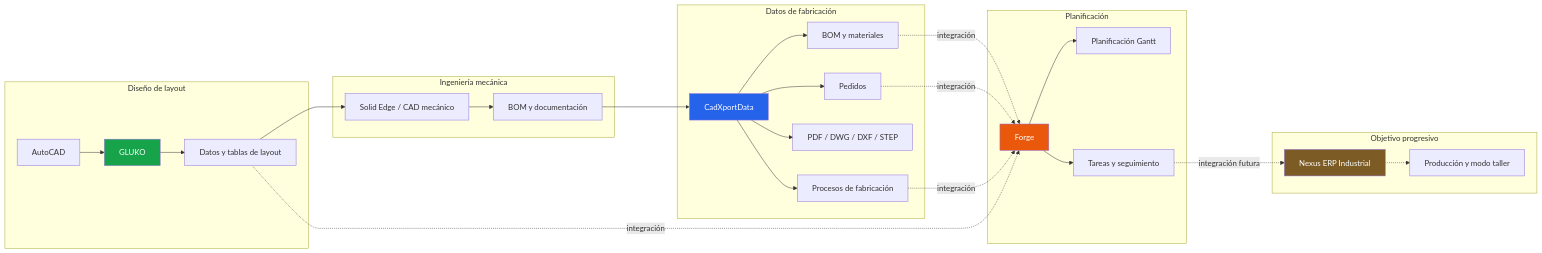
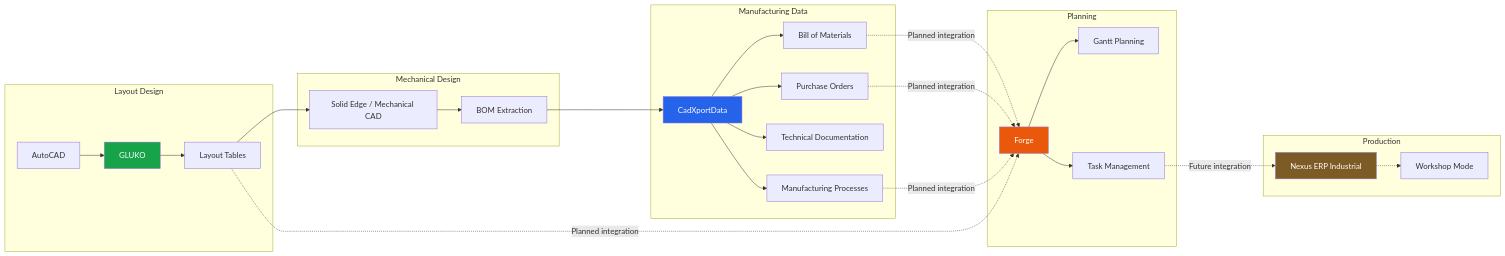
One commit to Megiddo-Source/.github changed the diagram in profile/README.md. Above: the diagram before and after it, drawn with Mermaid. The commit also changed other lines of this file, not shown here.

````diff
--- a/profile/README.md
+++ b/profile/README.md
@@ -89,61 +96,61 @@
 ```mermaid
 flowchart LR
 
-subgraph CAD_LAYOUT["Diseño de layout"]
-    A[AutoCAD]
-    B[GLUKO]
-    C[Datos y tablas de layout]
+subgraph CAD_LAYOUT["Layout Design"]
+A[AutoCAD]
+B[GLUKO]
+C[Layout Tables]
 end
 
-subgraph CAD_MECANICO["Ingeniería mecánica"]
-    D[Solid Edge / CAD mecánico]
-    E[BOM y documentación]
+subgraph CAD_MECHANICAL["Mechanical Design"]
+D[Solid Edge / Mechanical CAD]
+E[BOM Extraction]
 end
 
-subgraph DATOS["Datos de fabricación"]
-    F[CadXportData]
-    G[BOM y materiales]
-    H[Pedidos]
-    I[PDF / DWG / DXF / STEP]
-    J[Procesos de fabricación]
+subgraph TECHNICAL_DATA["Manufacturing Data"]
+F[CadXportData]
+G[Bill of Materials]
+H[Purchase Orders]
+I[Technical Documentation]
+J[Manufacturing Processes]
 end
 
-subgraph PLANIFICACION["Planificación"]
-    K[Forge]
-    L[Planificación Gantt]
-    M[Tareas y seguimiento]
+subgraph PLANNING["Planning"]
+K[Forge]
+L[Gantt Planning]
+M[Task Management]
 end
 
-subgraph OBJETIVO["Objetivo progresivo"]
-    N[Nexus ERP Industrial]
-    O[Producción y modo taller]
+subgraph PRODUCTION["Production"]
+N[Nexus ERP Industrial]
+O[Workshop Mode]
 end
 
 A --> B
 B --> C
 
 C --> D
 D --> E
 E --> F
 
 F --> G
 F --> H
 F --> I
 F --> J
 
-G -. integración .-> K
-H -. integración .-> K
-J -. integración .-> K
-C -. integración .-> K
+G -. Planned integration .-> K
+H -. Planned integration .-> K
+J -. Planned integration .-> K
+C -. Planned integration .-> K
 
 K --> L
 K --> M
 
-M -. integración futura .-> N
+M -. Future integration .-> N
 N -.-> O
 
 style B fill:#16a34a,color:#fff
 style F fill:#2563eb,color:#fff
 style K fill:#ea580c,color:#fff
 style N fill:#7c5c24,color:#fff
 ```
````
